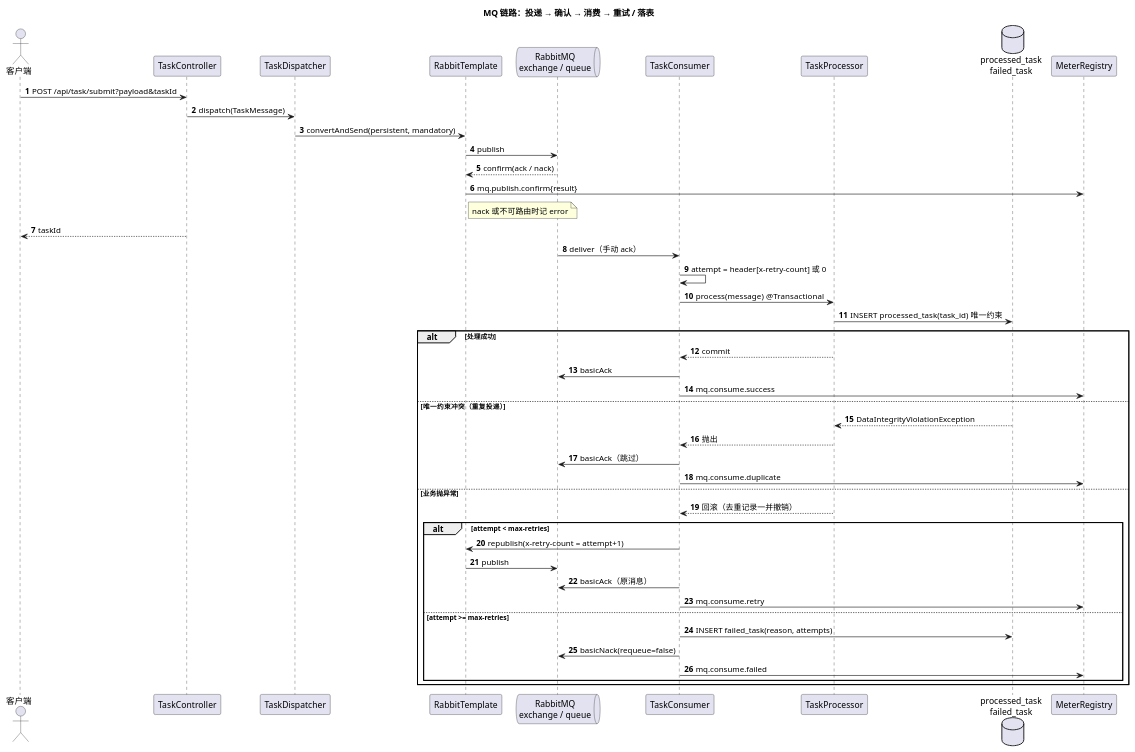
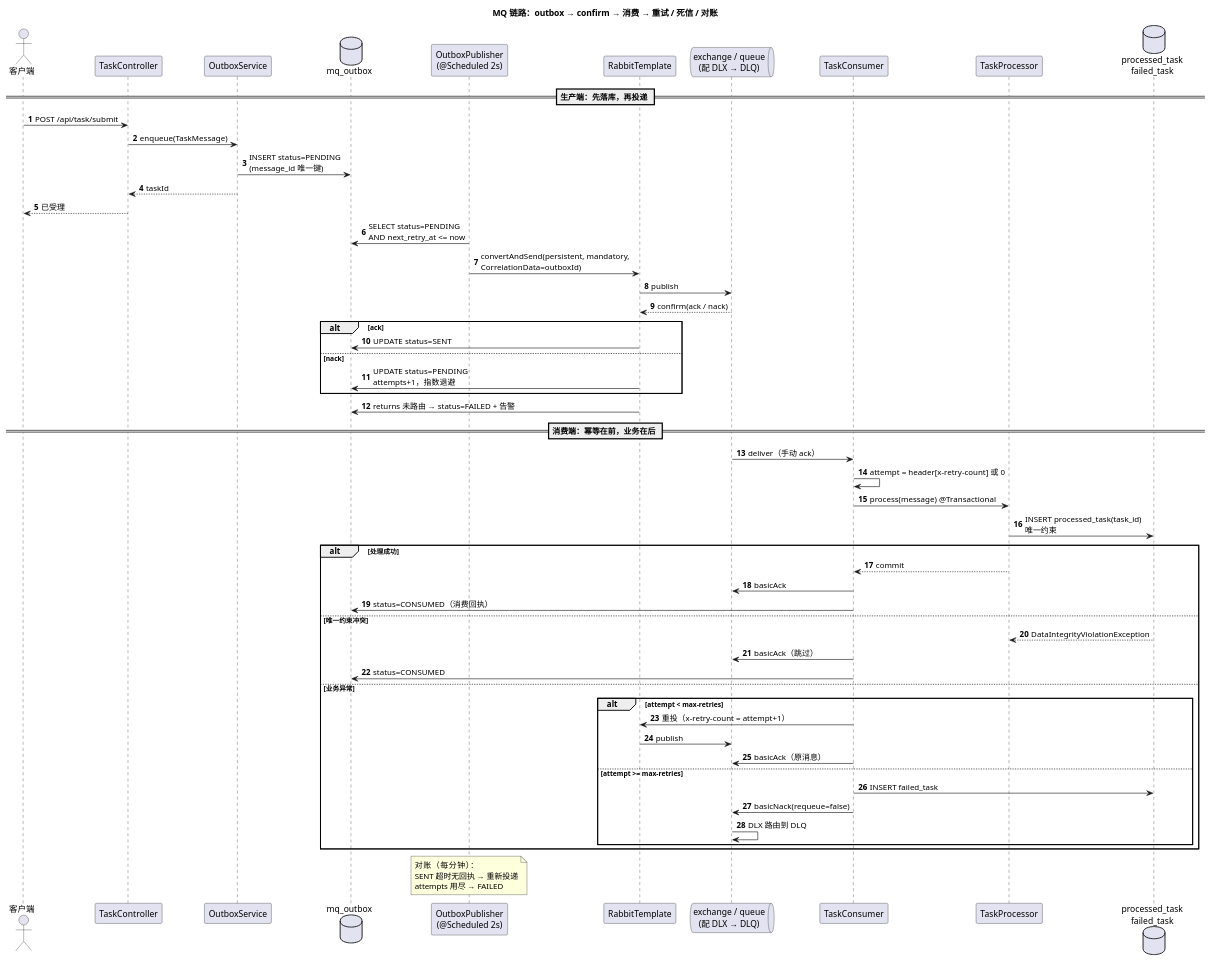
One commit to qkainan/maibao-technology-application changed the diagram in docs/diagrams/mq-sequence.puml. Above: the diagram before and after it, drawn with PlantUML. The commit also changed 37 other files, not shown here.

```diff
--- a/docs/diagrams/mq-sequence.puml
+++ b/docs/diagrams/mq-sequence.puml
@@ -1,55 +1,64 @@
 @startuml mq-sequence
-title MQ 链路：投递 → 确认 → 消费 → 重试 / 落表
+title MQ 链路：outbox → confirm → 消费 → 重试 / 死信 / 对账
 skinparam defaultFontName "Microsoft YaHei"
 skinparam shadowing false
 skinparam sequenceMessageAlign left
 skinparam responseMessageBelowArrow true
 autonumber
 
 actor 客户端
 participant "TaskController" as TC
-participant "TaskDispatcher" as D
+participant "OutboxService" as OS
+database "mq_outbox" as OB
+participant "OutboxPublisher\n(@Scheduled 2s)" as OP
 participant "RabbitTemplate" as RT
-queue "RabbitMQ\nexchange / queue" as MQ
+queue "exchange / queue\n(配 DLX → DLQ)" as MQ
 participant "TaskConsumer" as CS
 participant "TaskProcessor" as TP
 database "processed_task\nfailed_task" as DB
-participant "MeterRegistry" as M
 
-客户端 -> TC : POST /api/task/submit?payload&taskId
-TC -> D : dispatch(TaskMessage)
-D -> RT : convertAndSend(persistent, mandatory)
+== 生产端：先落库，再投递 ==
+客户端 -> TC : POST /api/task/submit
+TC -> OS : enqueue(TaskMessage)
+OS -> OB : INSERT status=PENDING\n(message_id 唯一键)
+OS --> TC : taskId
+TC --> 客户端 : 已受理
+
+OP -> OB : SELECT status=PENDING\nAND next_retry_at <= now
+OP -> RT : convertAndSend(persistent, mandatory,\nCorrelationData=outboxId)
 RT -> MQ : publish
 MQ --> RT : confirm(ack / nack)
-RT -> M : mq.publish.confirm{result}
-note right of RT : nack 或不可路由时记 error
-TC --> 客户端 : taskId
+alt ack
+  RT -> OB : UPDATE status=SENT
+else nack
+  RT -> OB : UPDATE status=PENDING\nattempts+1，指数退避
+end
+RT -> OB : returns 未路由 → status=FAILED + 告警
 
+== 消费端：幂等在前，业务在后 ==
 MQ -> CS : deliver（手动 ack）
 CS -> CS : attempt = header[x-retry-count] 或 0
-CS -> TP : process(message)  @Transactional
-TP -> DB : INSERT processed_task(task_id)  唯一约束
+CS -> TP : process(message) @Transactional
+TP -> DB : INSERT processed_task(task_id)\n唯一约束
 alt 处理成功
   TP --> CS : commit
   CS -> MQ : basicAck
-  CS -> M : mq.consume.success
-else 唯一约束冲突（重复投递）
+  CS -> OB : status=CONSUMED（消费回执）
+else 唯一约束冲突
   DB --> TP : DataIntegrityViolationException
-  TP --> CS : 抛出
   CS -> MQ : basicAck（跳过）
-  CS -> M : mq.consume.duplicate
-else 业务抛异常
-  TP --> CS : 回滚（去重记录一并撤销）
+  CS -> OB : status=CONSUMED
+else 业务异常
   alt attempt < max-retries
-    CS -> RT : republish(x-retry-count = attempt+1)
+    CS -> RT : 重投（x-retry-count = attempt+1）
     RT -> MQ : publish
     CS -> MQ : basicAck（原消息）
-    CS -> M : mq.consume.retry
   else attempt >= max-retries
-    CS -> DB : INSERT failed_task(reason, attempts)
+    CS -> DB : INSERT failed_task
     CS -> MQ : basicNack(requeue=false)
-    CS -> M : mq.consume.failed
+    MQ -> MQ : DLX 路由到 DLQ
   end
 end
 
+note over OP : 对账（每分钟）：\nSENT 超时无回执 → 重新投递\nattempts 用尽 → FAILED
 @enduml
```
